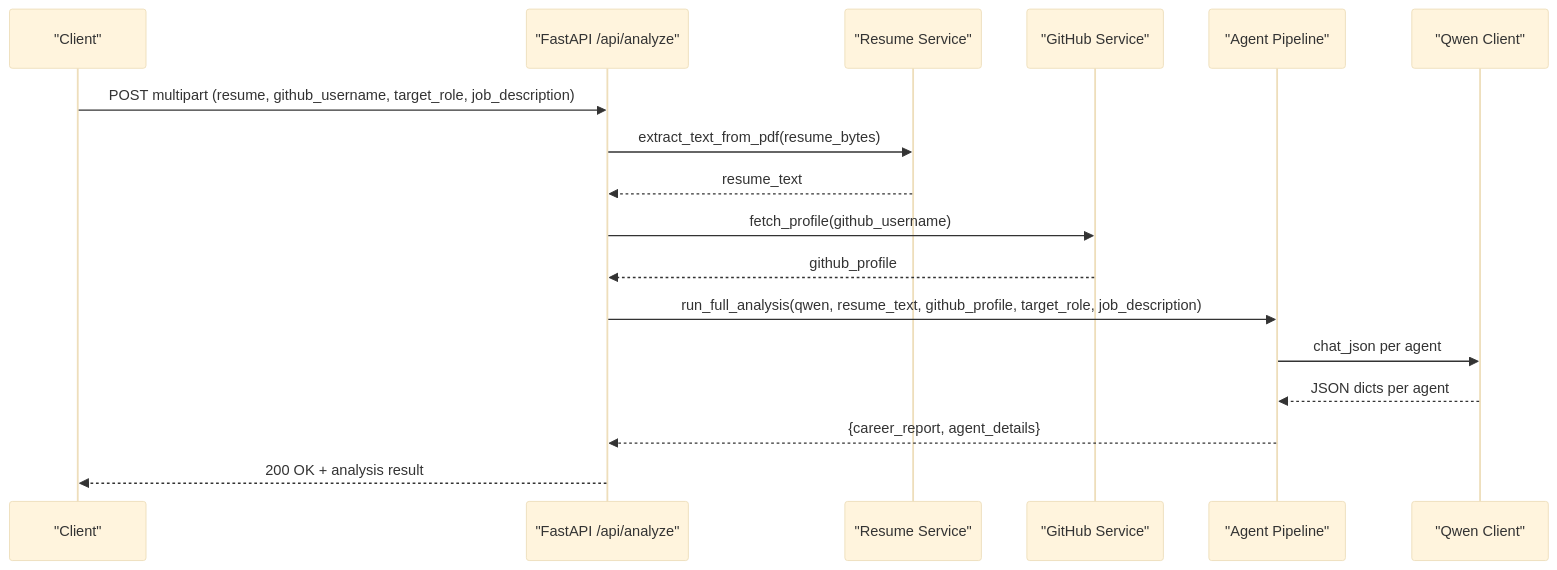
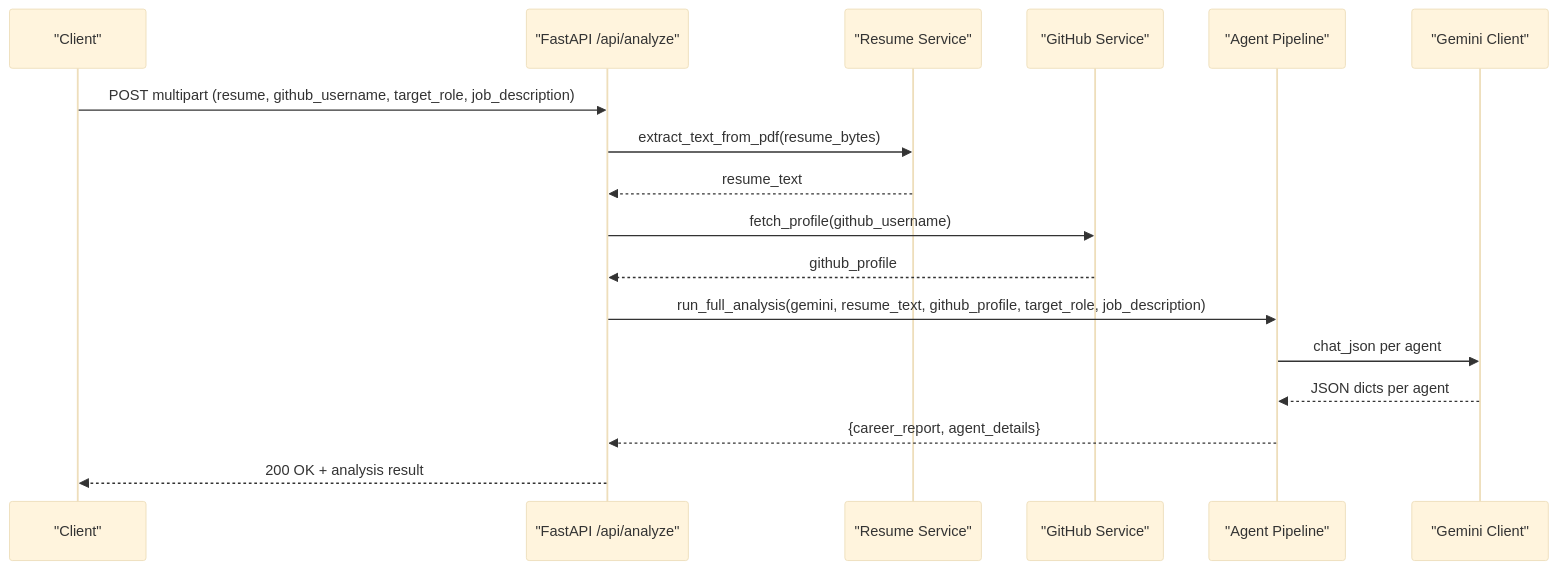
The second of 5 diagrams in .qoder/repowiki/en/content/API Reference.md (waqarimran342/CareerOS-AI), drawn with Mermaid (base theme) before and after one commit. The commit also changed other lines of this file and 32 other files, not shown here.

````diff
--- a/.qoder/repowiki/en/content/API Reference.md
+++ b/.qoder/repowiki/en/content/API Reference.md
@@ -103,19 +113,19 @@
 ```mermaid
 sequenceDiagram
 participant C as "Client"
 participant A as "FastAPI /api/analyze"
 participant R as "Resume Service"
 participant G as "GitHub Service"
 participant P as "Agent Pipeline"
-participant Q as "Qwen Client"
+participant Q as "Gemini Client"
 C->>A : POST multipart (resume, github_username, target_role, job_description)
 A->>R : extract_text_from_pdf(resume_bytes)
 R-->>A : resume_text
 A->>G : fetch_profile(github_username)
 G-->>A : github_profile
-A->>P : run_full_analysis(qwen, resume_text, github_profile, target_role, job_description)
+A->>P : run_full_analysis(gemini, resume_text, github_profile, target_role, job_description)
 P->>Q : chat_json per agent
 Q-->>P : JSON dicts per agent
 P-->>A : {career_report, agent_details}
 A-->>C : 200 OK + analysis result
 ```
````
